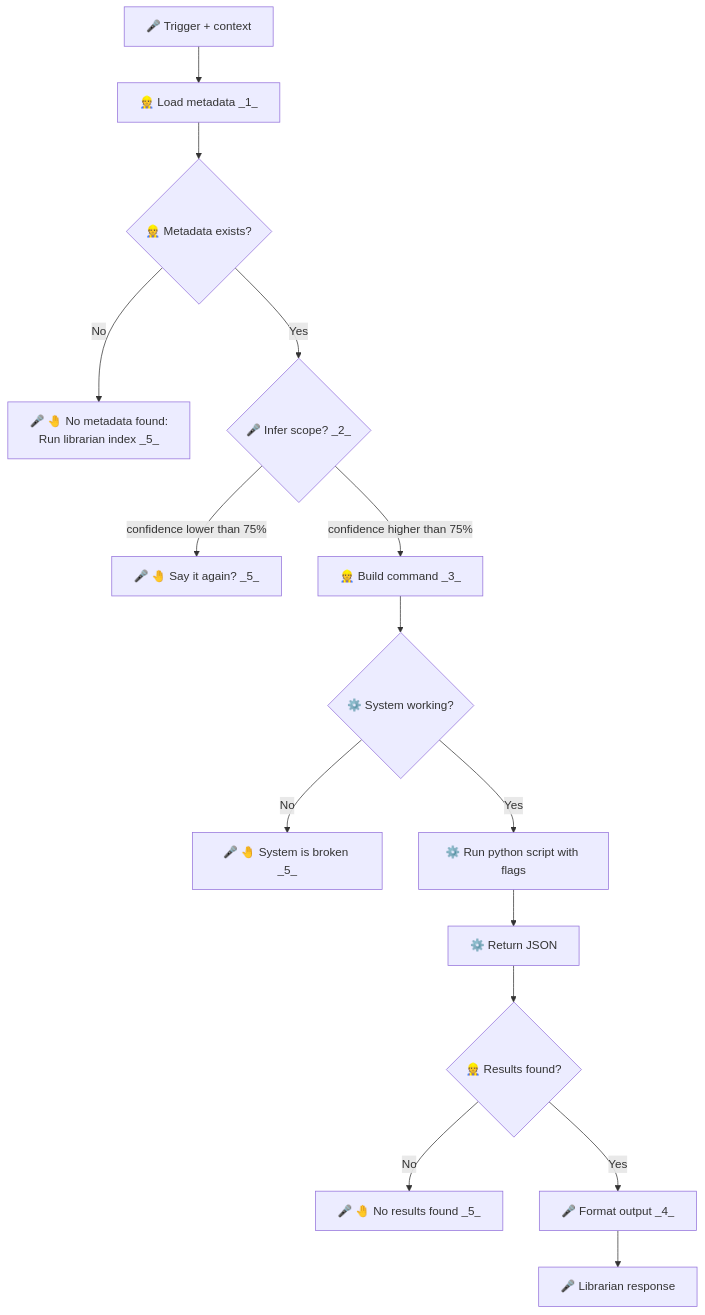
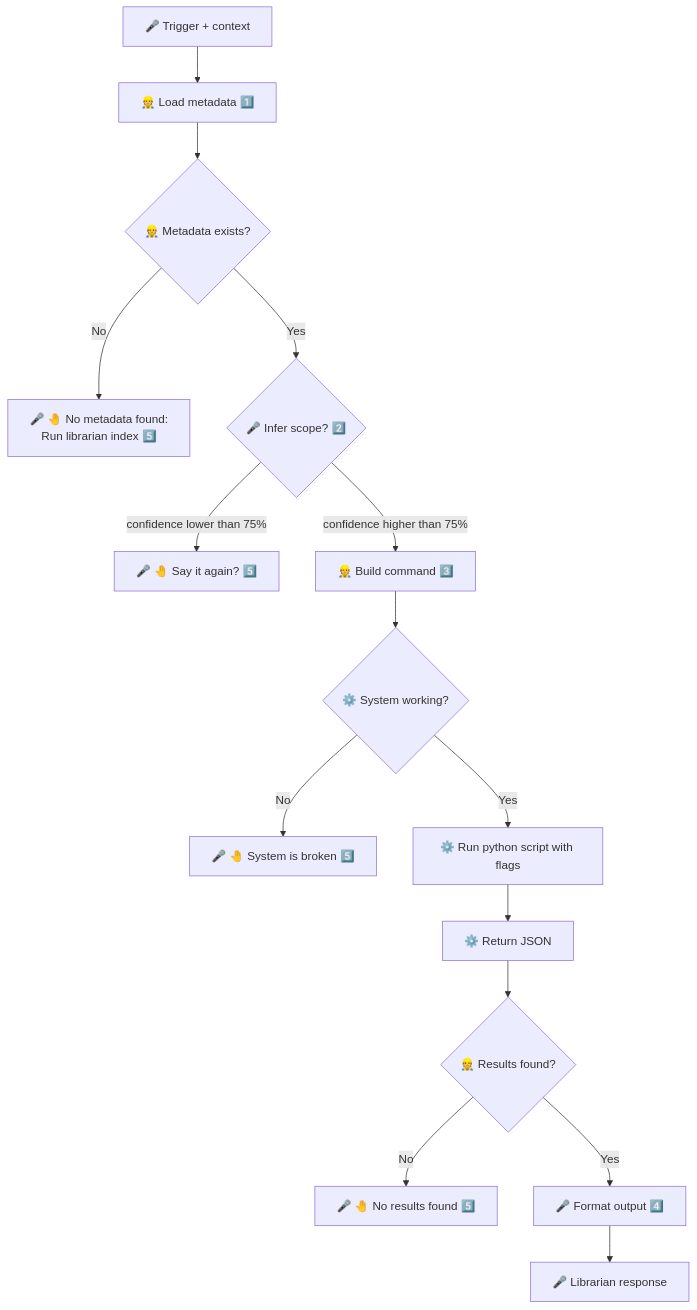
One commit to nonlinear/librarian changed the first of 2 diagrams in backstage/epic-notes/v0.15.0-skill-protocol.md. Above: the diagram before and after it, drawn with Mermaid.

Commit message:
Add emojis to diagram notes (1️⃣ 2️⃣ 3️⃣ 4️⃣ 5️⃣)
- Replaced _1_ _2_ _3_ _4_ _5_ with emoji versions
- Matches Protocol Nodes section below diagram
- Visual parity: diagram ↔️ notes

````diff
--- a/backstage/epic-notes/v0.15.0-skill-protocol.md
+++ b/backstage/epic-notes/v0.15.0-skill-protocol.md
@@ -4,25 +4,25 @@
 ```mermaid
 flowchart TB
     TRIGGER["🎤 Trigger + context"]:::approved
-    TRIGGER --> METADATA["👷 Load metadata _1_"]:::approved
+    TRIGGER --> METADATA["👷 Load metadata 1️⃣"]:::approved
     METADATA --> CHECK{"👷 Metadata exists?"}:::approved
     
-    CHECK -->|No| ERROR["🎤 🤚 No metadata found:<br>Run librarian index _5_"]:::blocker
-    CHECK -->|Yes| INFER{"🎤 Infer scope? _2_"}:::approved
+    CHECK -->|No| ERROR["🎤 🤚 No metadata found:<br>Run librarian index 5️⃣"]:::blocker
+    CHECK -->|Yes| INFER{"🎤 Infer scope? 2️⃣"}:::approved
     
-    INFER -->|confidence lower than 75%| CLARIFY["🎤 🤚 Say it again? _5_"]:::blocker
-    INFER -->|confidence higher than 75%| BUILD["👷 Build command _3_"]:::approved
+    INFER -->|confidence lower than 75%| CLARIFY["🎤 🤚 Say it again? 5️⃣"]:::blocker
+    INFER -->|confidence higher than 75%| BUILD["👷 Build command 3️⃣"]:::approved
     
     BUILD --> CHECK_SYSTEM{"⚙️ System working?"}:::approved
     
-    CHECK_SYSTEM -->|No| BROKEN["🎤 🤚 System is broken _5_"]:::blocker
+    CHECK_SYSTEM -->|No| BROKEN["🎤 🤚 System is broken 5️⃣"]:::blocker
     CHECK_SYSTEM -->|Yes| EXEC["⚙️ Run python script with flags"]:::developed
     
     EXEC --> JSON["⚙️ Return JSON"]:::developed
     JSON --> CHECK_RESULTS{"👷 Results found?"}:::developed
     
-    CHECK_RESULTS -->|No| EMPTY["🎤 🤚 No results found _5_"]:::blocker
-    CHECK_RESULTS -->|Yes| FORMAT["🎤 Format output _4_"]:::developed
+    CHECK_RESULTS -->|No| EMPTY["🎤 🤚 No results found 5️⃣"]:::blocker
+    CHECK_RESULTS -->|Yes| FORMAT["🎤 Format output 4️⃣"]:::developed
     
     FORMAT --> RESPONSE["🎤 Librarian response"]:::developed
 ```
````
